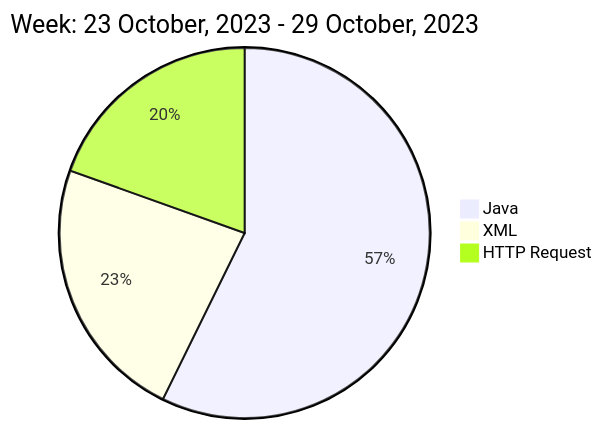
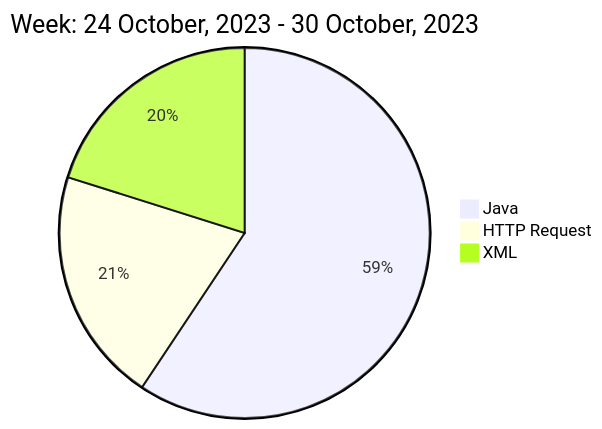
One commit to liubin95/liubin95 changed the diagram in README.md. Above: the diagram before and after it, drawn with Mermaid.

Commit message:
Updated the Graph with new Metrics

````diff
--- a/README.md
+++ b/README.md
@@ -40,7 +40,7 @@
 ```mermaid
  pie
-title Week: 23 October, 2023 - 29 October, 2023
- "Java" : 5.63
- "XML" : 2.28
- "HTTP Request" : 1.92
+title Week: 24 October, 2023 - 30 October, 2023
+ "Java" : 6.13
+ "HTTP Request" : 2.12
+ "XML" : 2.08
 ```
````
